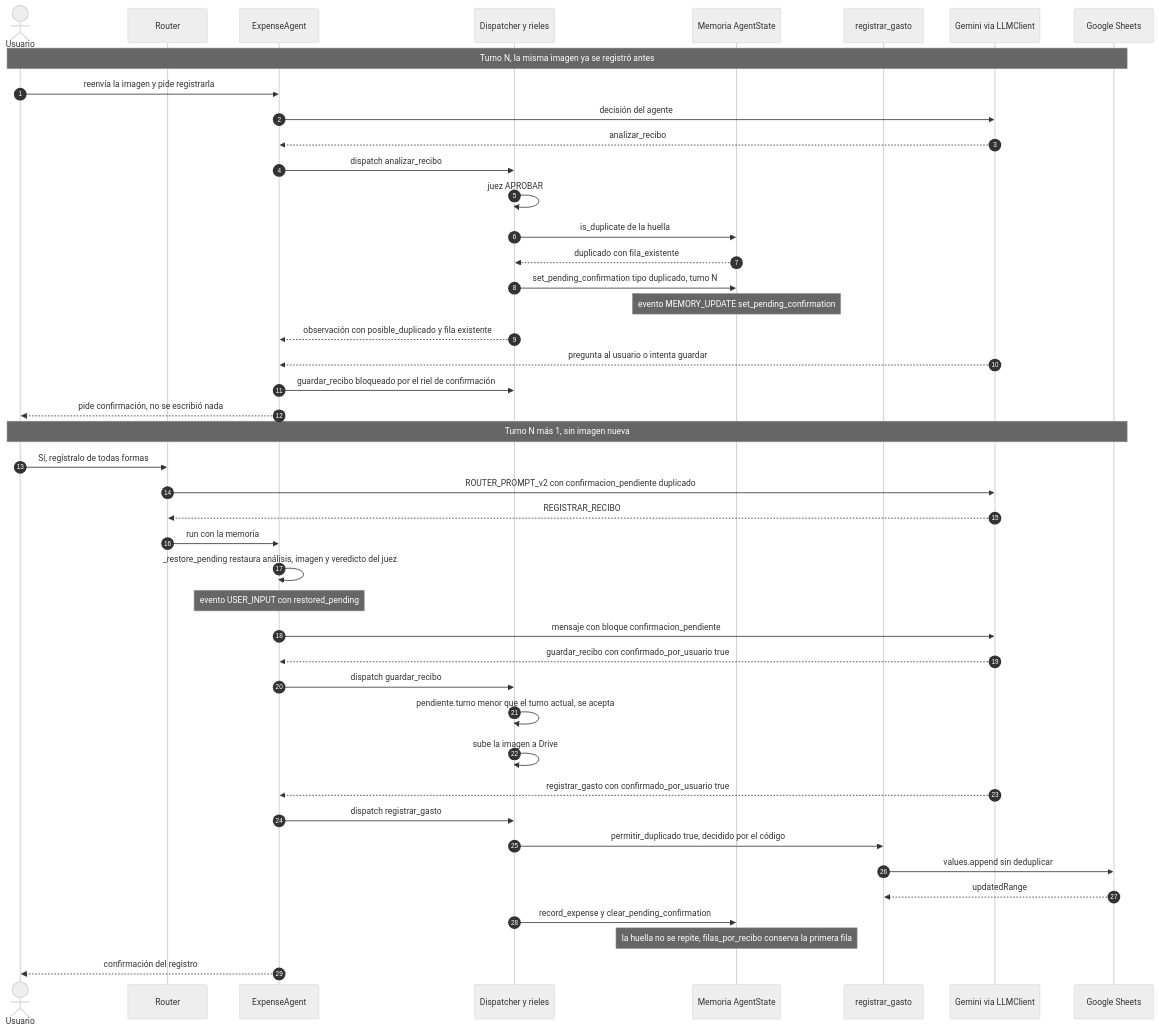
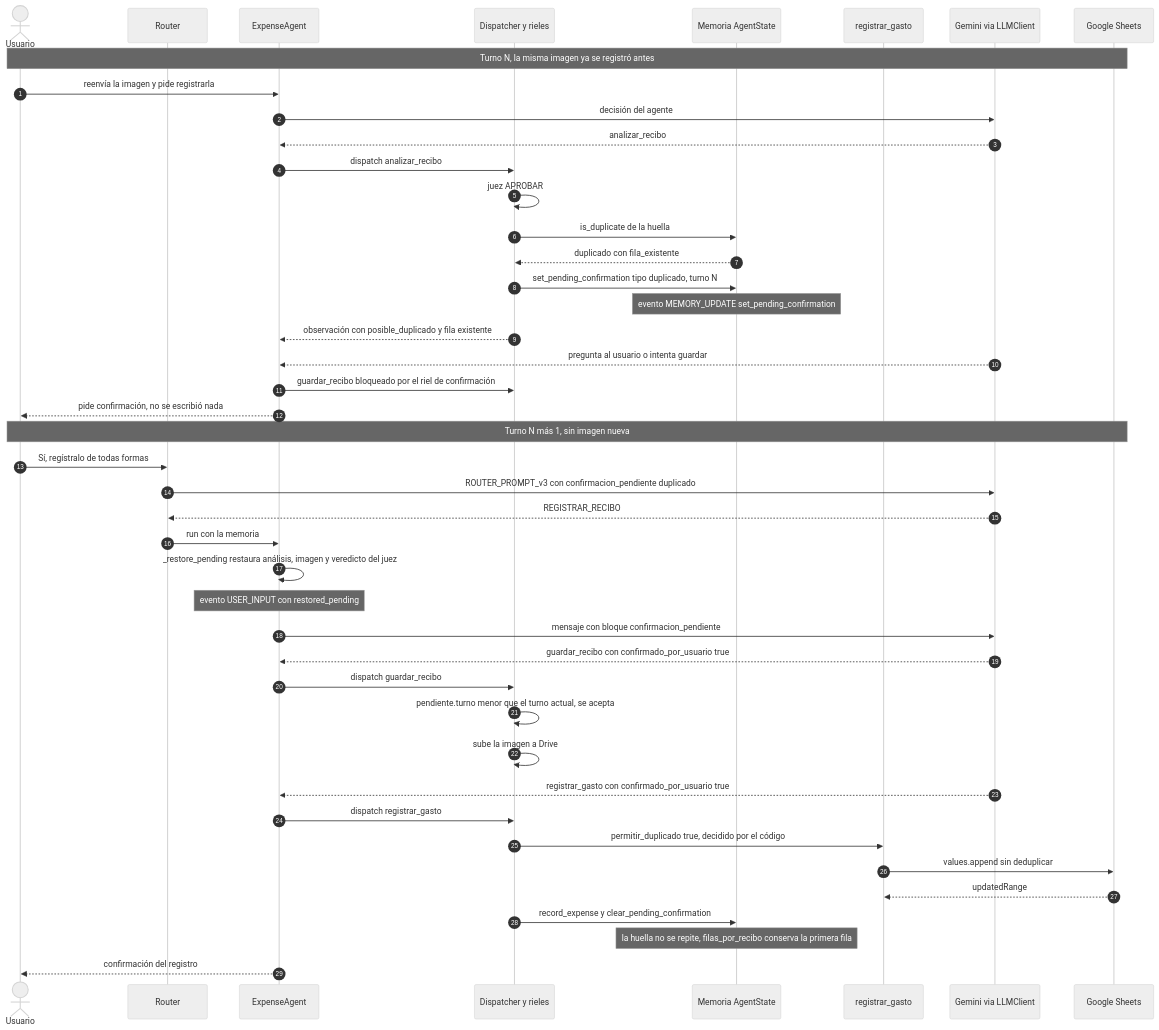
One commit to gherrerz/Claude-telegram-expense-tracker changed the seventh of 16 diagrams in docs/solution_architecture.md. Above: the diagram before and after it, drawn with Mermaid (neutral theme). The commit also changed other lines of this file and 14 other files, not shown here.

Commit message:
feat(eval): add golden set v2 with rag cases and update architecture docs (stage 15)

````diff
--- a/docs/solution_architecture.md
+++ b/docs/solution_architecture.md
@@ -488,48 +551,48 @@
 ```mermaid
 sequenceDiagram
     autonumber
     actor U as Usuario
     participant RT as Router
     participant AG as ExpenseAgent
     participant DS as Dispatcher y rieles
     participant MEM as Memoria AgentState
     participant SH as registrar_gasto
     participant G as Gemini via LLMClient
     participant GS as Google Sheets
 
     Note over U,GS: Turno N, la misma imagen ya se registró antes
     U->>AG: reenvía la imagen y pide registrarla
     AG->>G: decisión del agente
     G-->>AG: analizar_recibo
     AG->>DS: dispatch analizar_recibo
     DS->>DS: juez APROBAR
     DS->>MEM: is_duplicate de la huella
     MEM-->>DS: duplicado con fila_existente
     DS->>MEM: set_pending_confirmation tipo duplicado, turno N
     Note over MEM: evento MEMORY_UPDATE set_pending_confirmation
     DS-->>AG: observación con posible_duplicado y fila existente
     G-->>AG: pregunta al usuario o intenta guardar
     AG->>DS: guardar_recibo bloqueado por el riel de confirmación
     AG-->>U: pide confirmación, no se escribió nada
 
     Note over U,GS: Turno N más 1, sin imagen nueva
     U->>RT: Sí, regístralo de todas formas
-    RT->>G: ROUTER_PROMPT_v2 con confirmacion_pendiente duplicado
+    RT->>G: ROUTER_PROMPT_v3 con confirmacion_pendiente duplicado
     G-->>RT: REGISTRAR_RECIBO
     RT->>AG: run con la memoria
     AG->>AG: _restore_pending restaura análisis, imagen y veredicto del juez
     Note over AG: evento USER_INPUT con restored_pending
     AG->>G: mensaje con bloque confirmacion_pendiente
     G-->>AG: guardar_recibo con confirmado_por_usuario true
     AG->>DS: dispatch guardar_recibo
     DS->>DS: pendiente.turno menor que el turno actual, se acepta
     DS->>DS: sube la imagen a Drive
     G-->>AG: registrar_gasto con confirmado_por_usuario true
     AG->>DS: dispatch registrar_gasto
     DS->>SH: permitir_duplicado true, decidido por el código
     SH->>GS: values.append sin deduplicar
     GS-->>SH: updatedRange
     DS->>MEM: record_expense y clear_pending_confirmation
     Note over MEM: la huella no se repite, filas_por_recibo conserva la primera fila
     AG-->>U: confirmación del registro
 ```
````
